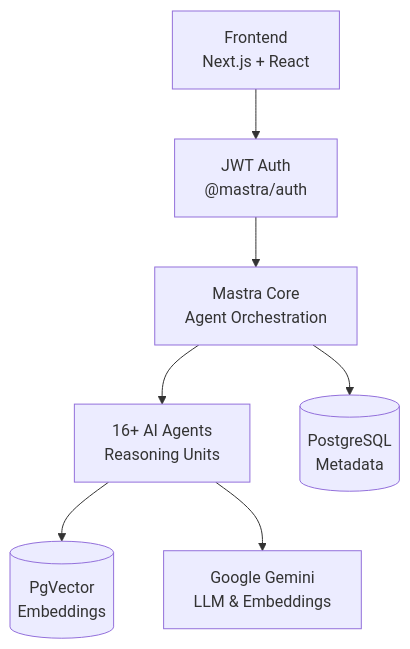
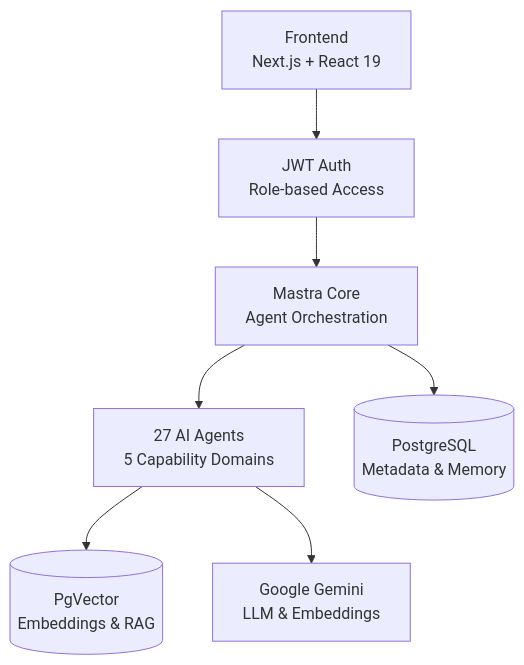
Before and after one commit to ssdeanx/secure-rag-multi-agent: the first of 2 diagrams in docs/index.mdx, drawn with Mermaid. The commit also changed other lines of this file and 16 other files, not shown here.

````diff
--- a/docs/index.mdx
+++ b/docs/index.mdx
@@ -70,15 +72,15 @@
 ```mermaid
 graph TB
-    UI[Frontend<br/>Next.js + React]
-    Auth[JWT Auth<br/>@mastra/auth]
+    UI[Frontend<br/>Next.js + React 19]
+    Auth[JWT Auth<br/>Role-based Access]
     Mastra[Mastra Core<br/>Agent Orchestration]
-    Agents[16+ AI Agents<br/>Reasoning Units]
-    PgSQL[(PostgreSQL<br/>Metadata)]
-    PgVector[(PgVector<br/>Embeddings)]
+    Agents[27 AI Agents<br/>5 Capability Domains]
+    PgSQL[(PostgreSQL<br/>Metadata & Memory)]
+    PgVector[(PgVector<br/>Embeddings & RAG)]
     Gemini[Google Gemini<br/>LLM & Embeddings]
 
     UI --> Auth --> Mastra --> Agents
     Agents --> PgVector
     Mastra --> PgSQL
     Agents --> Gemini
 ```
````
